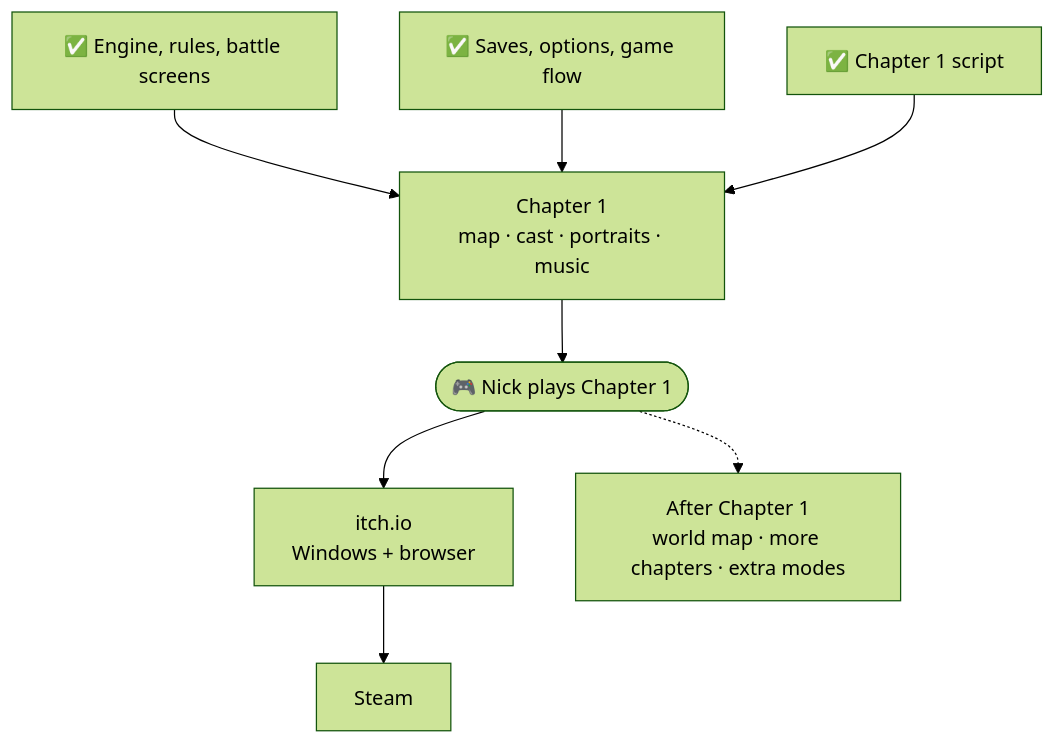
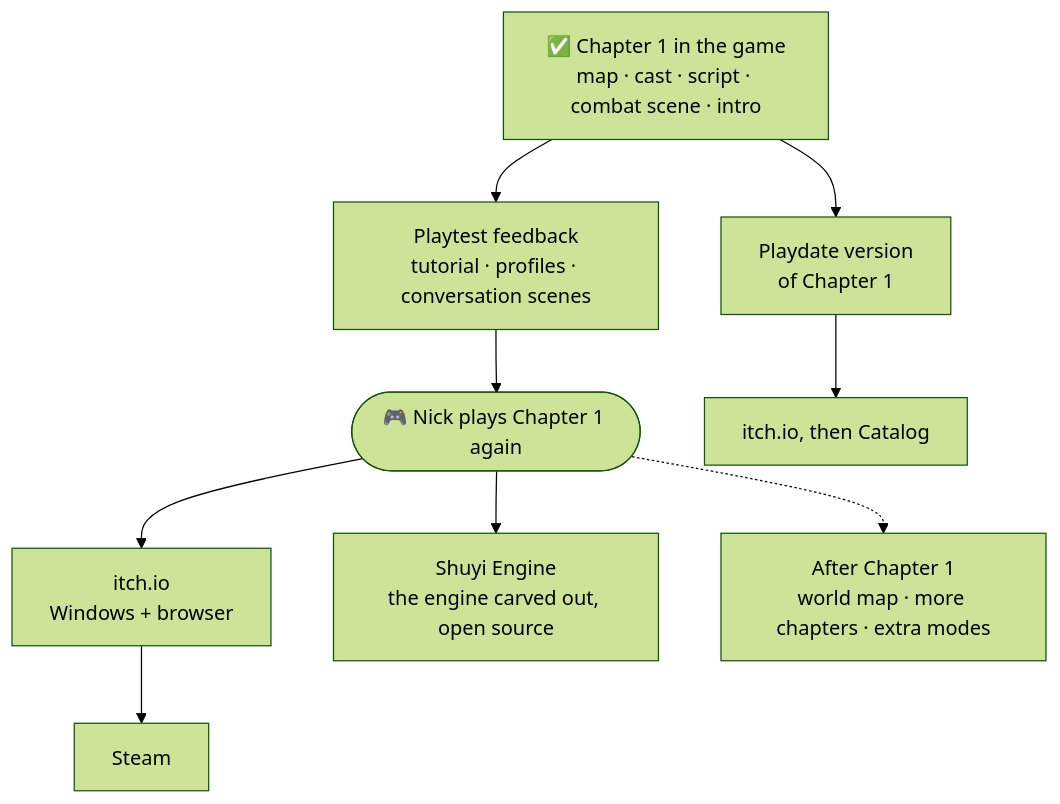
Before and after one commit to Zafnok/visions-of-shuyi: the first of 2 diagrams in README.md, drawn with Mermaid (forest theme). The commit also changed other lines of this file and 13 other files, not shown here.

First line of the commit message:
[0125] README: Chapter 1 pictures, the opening intro, progress, the engine and the Playdate (#279)

````diff
--- a/README.md
+++ b/README.md
@@ -142,10 +166,11 @@
 ```mermaid
 flowchart TD
-    A["✅ Engine, rules, battle screens"] --> D["Chapter 1<br/>map · cast · portraits · music"]
-    B["✅ Saves, options, game flow"] --> D
-    C["✅ Chapter 1 script"] --> D
-    D --> E(["🎮 Nick plays Chapter 1"])
+    A["✅ Chapter 1 in the game<br/>map · cast · script · combat scene · intro"] --> B["Playtest feedback<br/>tutorial · profiles · conversation scenes"]
+    B --> E(["🎮 Nick plays Chapter 1 again"])
     E --> F["itch.io<br/>Windows + browser"]
+    F --> G["Steam"]
+    E --> S["Shuyi Engine<br/>the engine carved out, open source"]
+    A --> P["Playdate version<br/>of Chapter 1"]
+    P --> PI["itch.io, then Catalog"]
     E -.-> H["After Chapter 1<br/>world map · more chapters · extra modes"]
-    F --> G["Steam"]
 ```
````
